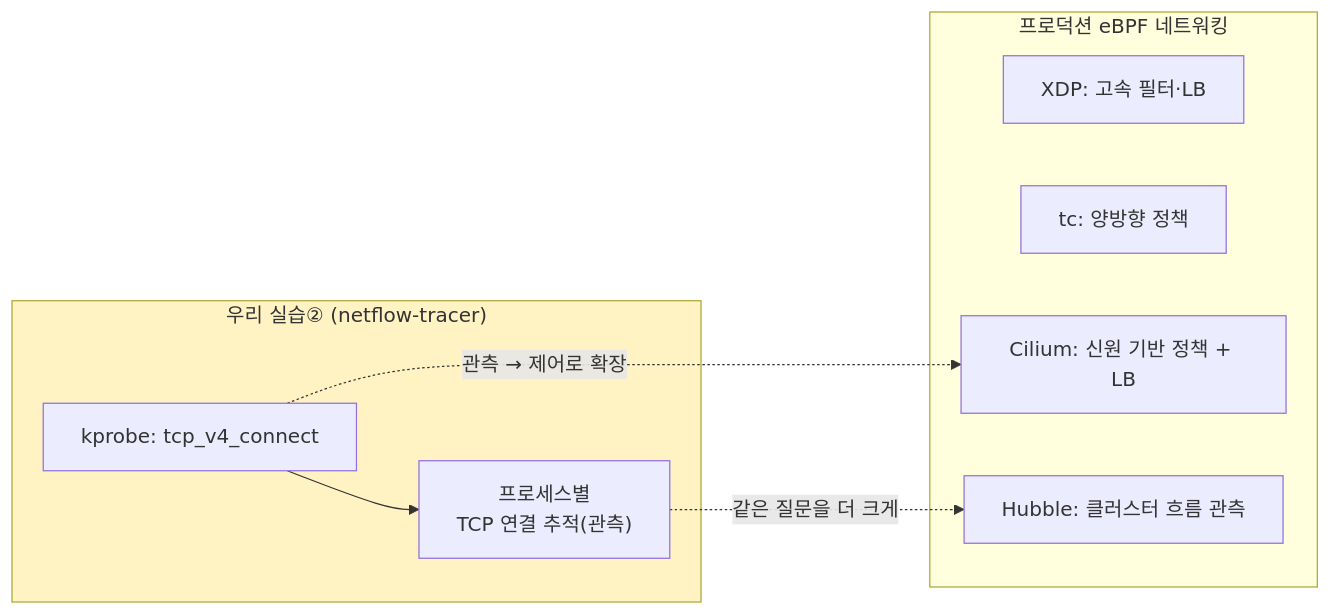
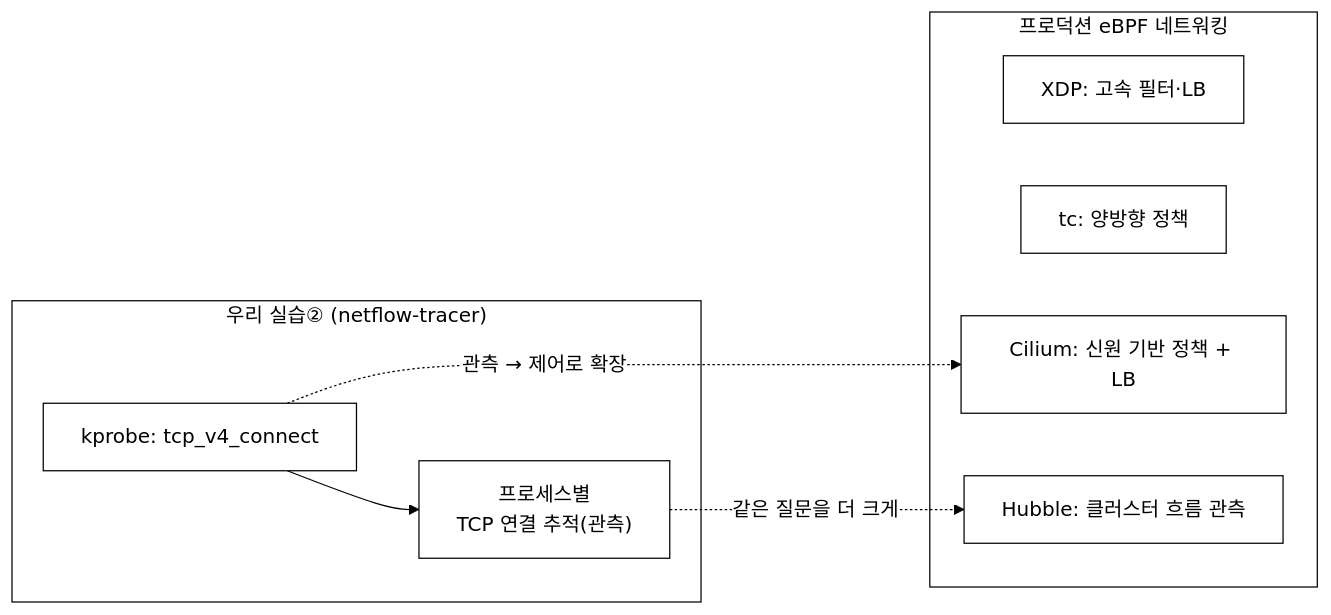
The sixth of 6 diagrams in docs/lecture/12주차_eBPF_네트워킹_XDP_tc_Cilium.md (iamywl/ebpf-lab), drawn with Mermaid before and after one commit. The commit also changed other lines of this file and 33 other files, not shown here.

First line of the commit message:
강의자료: 다이어그램 흑백(논문 스타일) 통일 + 실제 실행 스크린샷 삽입

````diff
--- a/docs/lecture/12주차_eBPF_네트워킹_XDP_tc_Cilium.md
+++ b/docs/lecture/12주차_eBPF_네트워킹_XDP_tc_Cilium.md
@@ -182,15 +187,16 @@
 ```mermaid
+%%{init: {"theme":"base","themeVariables":{"background":"#ffffff","primaryColor":"#ffffff","primaryBorderColor":"#000000","primaryTextColor":"#000000","secondaryColor":"#ffffff","secondaryBorderColor":"#000000","secondaryTextColor":"#000000","tertiaryColor":"#ffffff","tertiaryBorderColor":"#000000","tertiaryTextColor":"#000000","lineColor":"#000000","textColor":"#000000","mainBkg":"#ffffff","secondBkg":"#ffffff","clusterBkg":"#ffffff","clusterBorder":"#000000","edgeLabelBackground":"#ffffff","nodeBorder":"#000000","defaultLinkColor":"#000000","titleColor":"#000000","actorBkg":"#ffffff","actorBorder":"#000000","actorTextColor":"#000000","actorLineColor":"#000000","signalColor":"#000000","signalTextColor":"#000000","labelBoxBkgColor":"#ffffff","labelBoxBorderColor":"#000000","labelTextColor":"#000000","loopTextColor":"#000000","noteBkgColor":"#ffffff","noteBorderColor":"#000000","noteTextColor":"#000000","activationBkgColor":"#ffffff","activationBorderColor":"#000000","sequenceNumberColor":"#000000","cScale0":"#ffffff","cScale1":"#ffffff","cScale2":"#ffffff","cScale3":"#ffffff","cScale4":"#ffffff","cScale5":"#ffffff","cScale6":"#ffffff","cScale7":"#ffffff","cScale8":"#ffffff","cScale9":"#ffffff","cScale10":"#ffffff","cScale11":"#ffffff","cScaleLabel0":"#000000","cScaleLabel1":"#000000","cScaleLabel2":"#000000","cScaleLabel3":"#000000","cScaleLabel4":"#000000","cScaleLabel5":"#000000","cScaleLabel6":"#000000","cScaleLabel7":"#000000","cScaleLabel8":"#000000","cScaleLabel9":"#000000","cScaleLabel10":"#000000","cScaleLabel11":"#000000","pie1":"#ffffff","pie2":"#eeeeee","pie3":"#dddddd","pie4":"#cccccc","fontFamily":"Georgia, serif"}}}%%
 flowchart LR
     subgraph OURS["우리 실습② (netflow-tracer)"]
         K["kprobe: tcp_v4_connect"] --> E["프로세스별\nTCP 연결 추적(관측)"]
     end
     subgraph PROD["프로덕션 eBPF 네트워킹"]
         XDPn["XDP: 고속 필터·LB"]
         TCn["tc: 양방향 정책"]
         CIL["Cilium: 신원 기반 정책 + LB"]
         HUB["Hubble: 클러스터 흐름 관측"]
     end
     E -.->|"같은 질문을 더 크게"| HUB
     K -.->|"관측 → 제어로 확장"| CIL
-    style OURS fill:#fff3c4
+    style OURS fill:#ffffff
 ```
````
